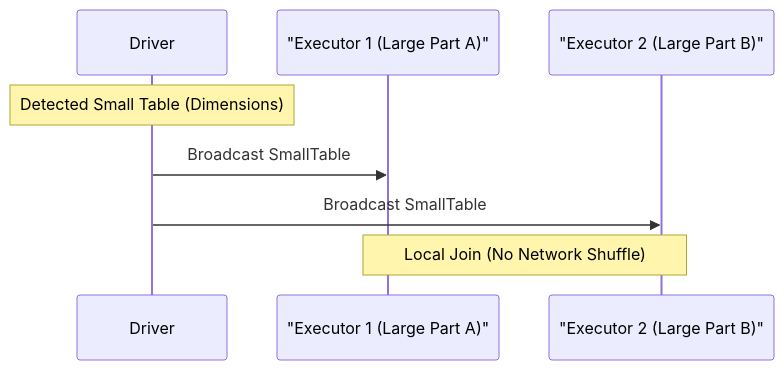
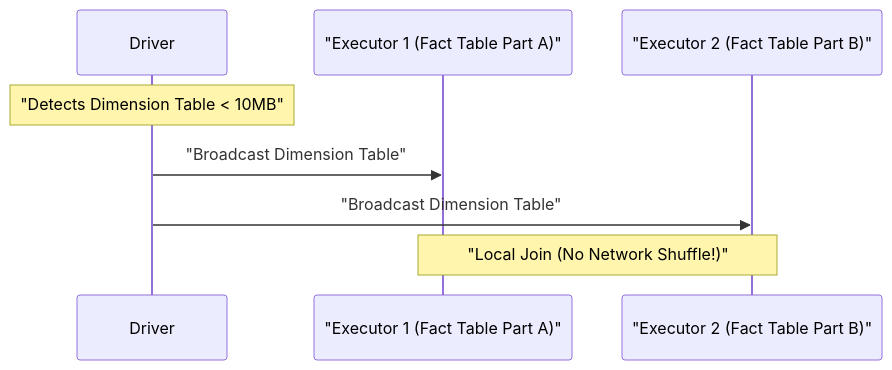
One commit to Anmol33/SystemDesign changed the fourth of 6 diagrams in Batch Processing/02_Apache_Spark.md. Above: the diagram before and after it, drawn with Mermaid. The commit also changed other lines of this file and 7 other files, not shown here.

````diff
--- a/Batch Processing/02_Apache_Spark.md
+++ b/Batch Processing/02_Apache_Spark.md
@@ -138,12 +407,12 @@
 ```mermaid
 sequenceDiagram
     participant D as Driver
-    participant E1 as "Executor 1 (Large Part A)"
-    participant E2 as "Executor 2 (Large Part B)"
+    participant E1 as "Executor 1 (Fact Table Part A)"
+    participant E2 as "Executor 2 (Fact Table Part B)"
     
-    Note over D: Detected Small Table (Dimensions)
-    D->>E1: Broadcast SmallTable
-    D->>E2: Broadcast SmallTable
+    Note over D: "Detects Dimension Table < 10MB"
+    D->>E1: "Broadcast Dimension Table"
+    D->>E2: "Broadcast Dimension Table"
     
-    Note over E1,E2: Local Join (No Network Shuffle)
+    Note over E1,E2: "Local Join (No Network Shuffle!)"
 ```
````
